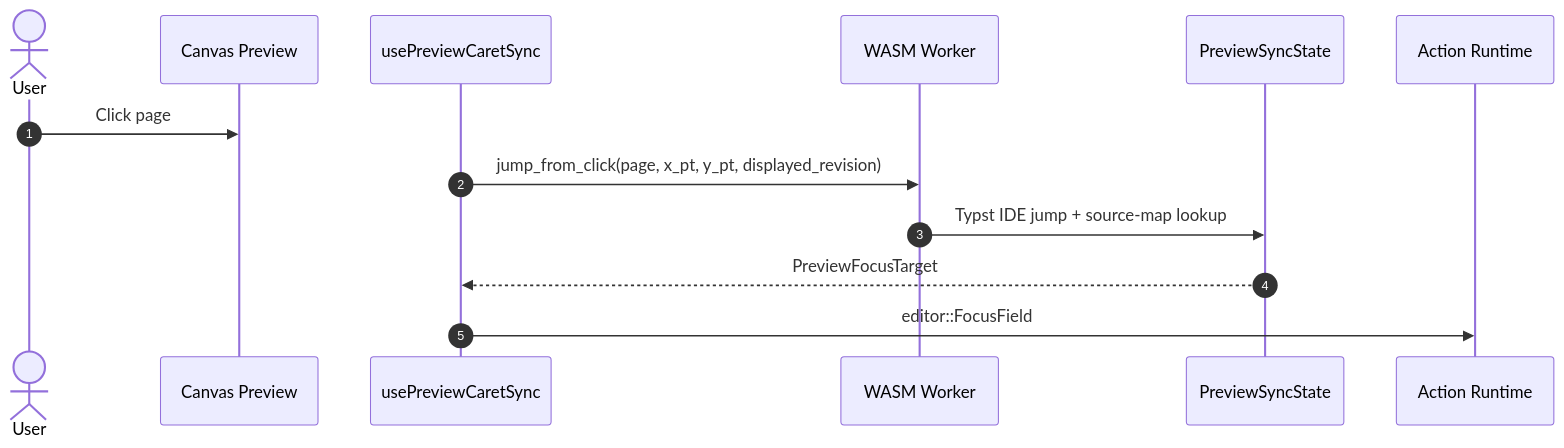
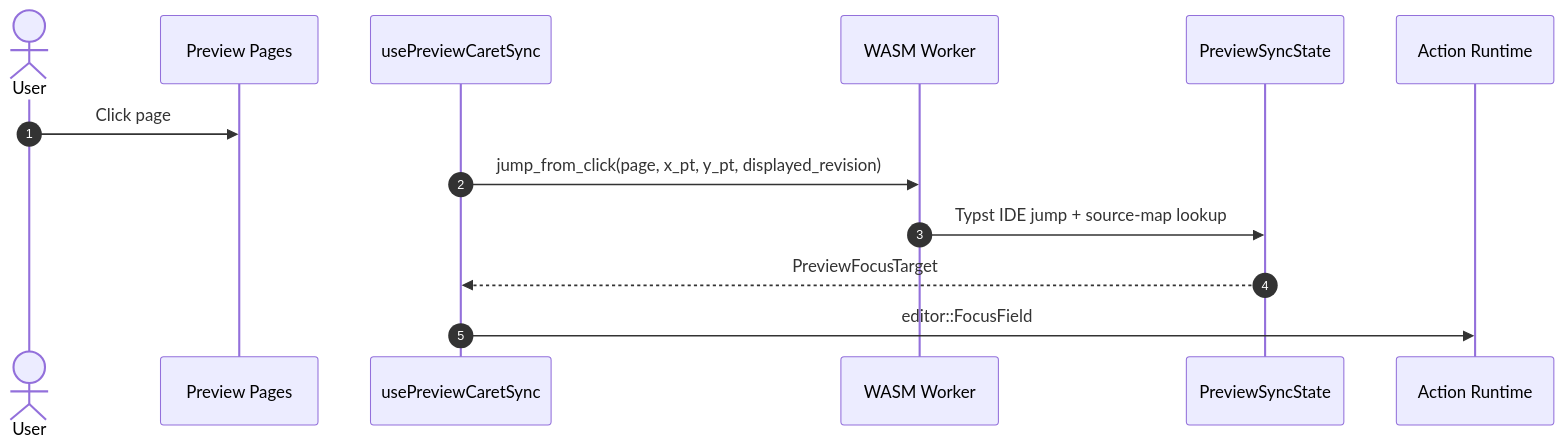
The eighth of 9 diagrams in context/sequence-diagrams.md (andmoreduro/ergo), drawn with Mermaid before and after one commit. The commit also changed other lines of this file and 115 other files, not shown here.

````diff
--- a/context/sequence-diagrams.md
+++ b/context/sequence-diagrams.md
@@ -169,17 +171,17 @@
 ```mermaid
 sequenceDiagram
     autonumber
 
     actor User
-    participant Preview as Canvas Preview
+    participant Preview as Preview Pages
     participant Hook as usePreviewCaretSync
     participant Worker as WASM Worker
     participant Sync as PreviewSyncState
     participant Runtime as Action Runtime
 
     User->>Preview: Click page
     Hook->>Worker: jump_from_click(page, x_pt, y_pt, displayed_revision)
     Worker->>Sync: Typst IDE jump + source-map lookup
     Sync-->>Hook: PreviewFocusTarget
     Hook->>Runtime: editor::FocusField
 ```
````
